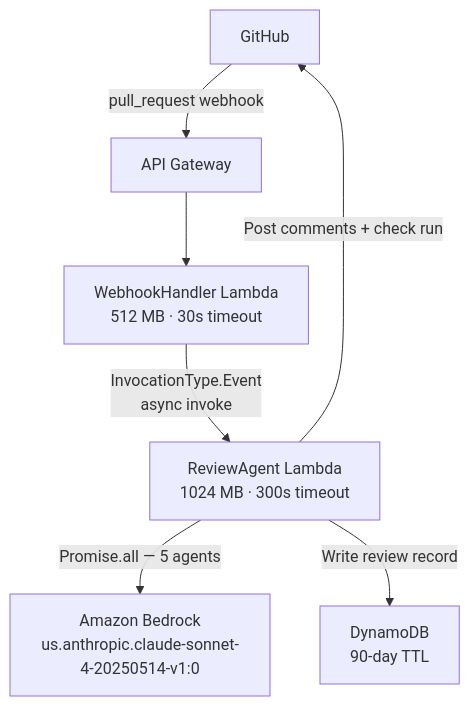
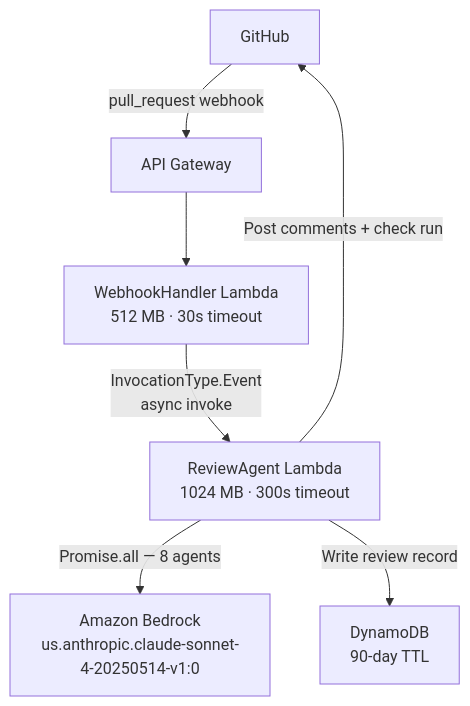
The first of 2 diagrams in deployment/architecture.mdx (santthosh/documentation), drawn with Mermaid before and after one commit. The commit also changed other lines of this file and 5 other files, not shown here.

````diff
--- a/deployment/architecture.mdx
+++ b/deployment/architecture.mdx
@@ -12,9 +12,9 @@
 ```mermaid
 graph TD
     A[GitHub] -->|pull_request webhook| B[API Gateway]
     B --> C[WebhookHandler Lambda<br/>512 MB · 30s timeout]
     C -->|InvocationType.Event<br/>async invoke| D[ReviewAgent Lambda<br/>1024 MB · 300s timeout]
-    D -->|Promise.all — 5 agents| E[Amazon Bedrock<br/>us.anthropic.claude-sonnet-4-20250514-v1:0]
+    D -->|Promise.all — 8 agents| E[Amazon Bedrock<br/>us.anthropic.claude-sonnet-4-20250514-v1:0]
     D -->|Write review record| F[DynamoDB<br/>90-day TTL]
     D -->|Post comments + check run| A
 ```
````
